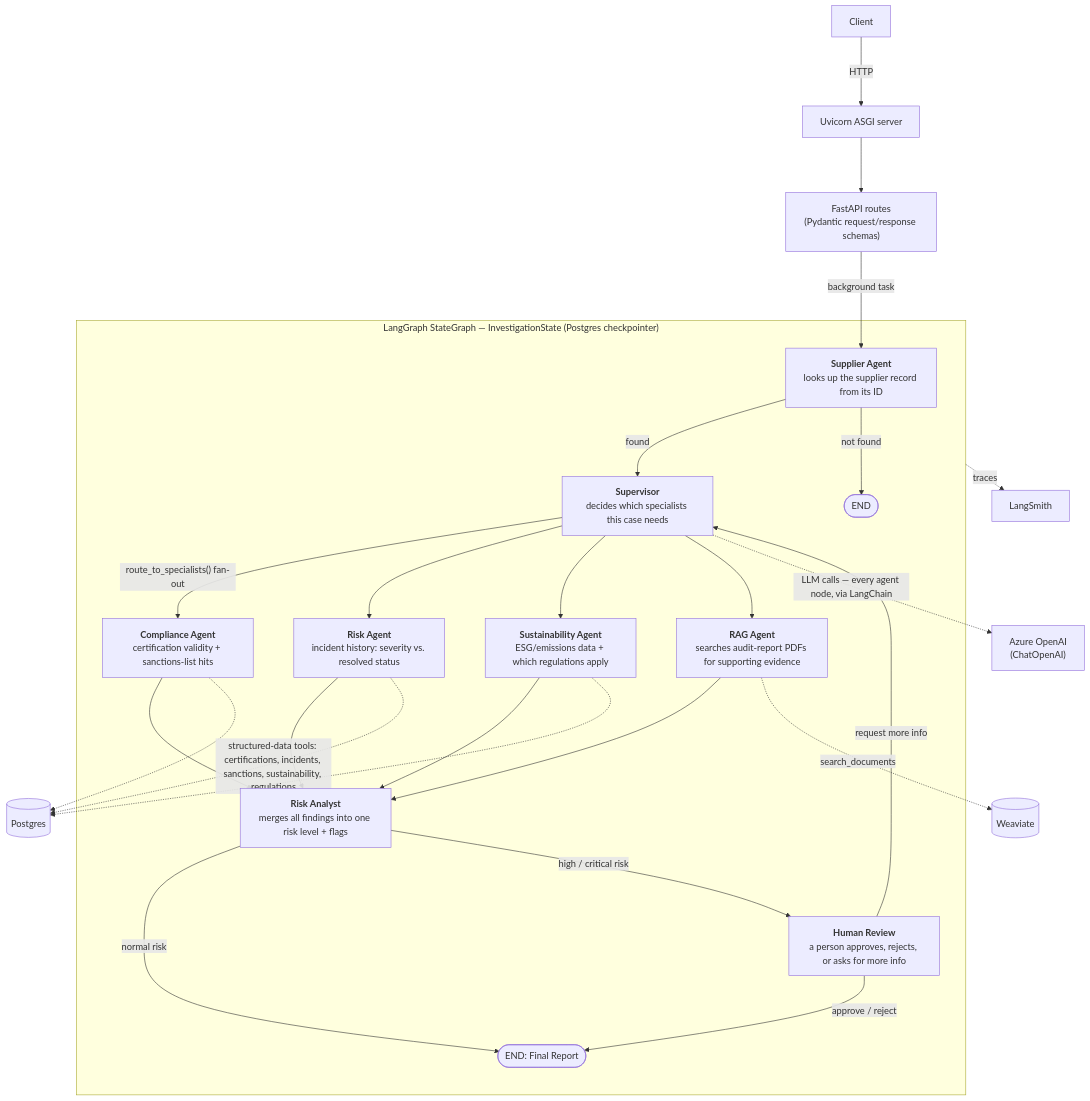
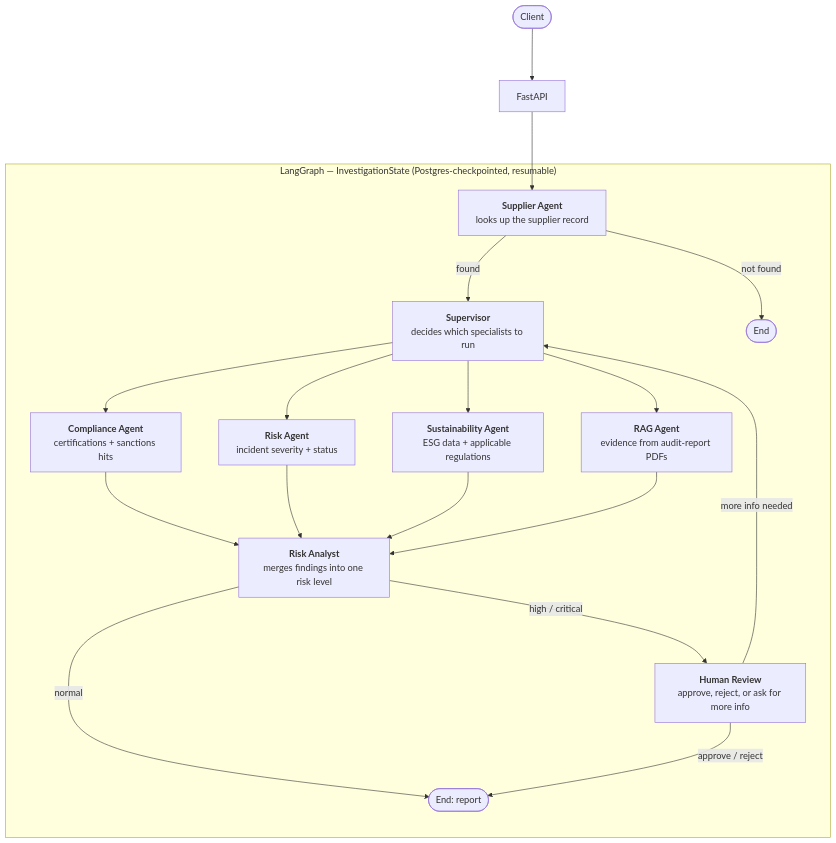
The first of 3 diagrams in README.md (meghanaraobn/langgraph-multi-agent-supply-risk), drawn with Mermaid before and after one commit. The commit also changed other lines of this file, not shown here.

````diff
--- a/README.md
+++ b/README.md
@@ -31,31 +28,27 @@
 ```mermaid
-%%{init: {'themeVariables': {'fontSize': '16px'}, 'flowchart': {'nodeSpacing': 70, 'rankSpacing': 95}}}%%
+%%{init: {'themeVariables': {'fontSize': '16px'}, 'flowchart': {'nodeSpacing': 65, 'rankSpacing': 90}}}%%
 flowchart TD
-    Client[Client] -->|HTTP| UV[Uvicorn ASGI server]
-    UV --> API["FastAPI routes<br/>(Pydantic request/response schemas)"]
-    API -->|background task| SA
+    Client([Client]) --> API[FastAPI]
+    API --> SA
 
-    subgraph LG["LangGraph StateGraph — InvestigationState (Postgres checkpointer)"]
-        SA["<b>Supplier Agent</b><br/>looks up the supplier record from its ID"] -->|found| SUP
-        SA -->|not found| END1([END])
-        SUP["<b>Supervisor</b><br/>decides which specialists this case needs"] -->|"route_to_specialists() fan-out"| CA
+    subgraph LG["LangGraph — InvestigationState (Postgres-checkpointed, resumable)"]
+        SA["<b>Supplier Agent</b><br/>looks up the supplier record"] -->|found| SUP
+        SA -->|not found| END1([End])
+
+        SUP["<b>Supervisor</b><br/>decides which specialists to run"] --> CA
         SUP --> RSK
         SUP --> SUS
         SUP --> RAG
-        CA["<b>Compliance Agent</b><br/>certification validity + sanctions-list hits"] --> RAN
-        RSK["<b>Risk Agent</b><br/>incident history: severity vs. resolved status"] --> RAN
-        SUS["<b>Sustainability Agent</b><br/>ESG/emissions data + which regulations apply"] --> RAN
-        RAG["<b>RAG Agent</b><br/>searches audit-report PDFs for supporting evidence"] --> RAN
-        RAN["<b>Risk Analyst</b><br/>merges all findings into one risk level + flags"] -->|normal risk| END2([END: Final Report])
-        RAN -->|high / critical risk| HR
-        HR["<b>Human Review</b><br/>a person approves, rejects, or asks for more info"] -->|approve / reject| END2
-        HR -->|request more info| SUP
+
+        CA["<b>Compliance Agent</b><br/>certifications + sanctions hits"] --> RAN
+        RSK["<b>Risk Agent</b><br/>incident severity + status"] --> RAN
+        SUS["<b>Sustainability Agent</b><br/>ESG data + applicable regulations"] --> RAN
+        RAG["<b>RAG Agent</b><br/>evidence from audit-report PDFs"] --> RAN
+
+        RAN["<b>Risk Analyst</b><br/>merges findings into one risk level"] -->|normal| END2([End: report])
+        RAN -->|high / critical| HR
+
+        HR["<b>Human Review</b><br/>approve, reject, or ask for more info"] -->|approve / reject| END2
+        HR -->|more info needed| SUP
     end
-
-    CA -.-> PG[("Postgres")]
-    RSK -.->|"structured-data tools: certifications, incidents, sanctions, sustainability, regulations"| PG
-    SUS -.-> PG
-    RAG -.->|search_documents| WV[("Weaviate")]
-    SUP -.->|"LLM calls — every agent node, via LangChain"| LLM["Azure OpenAI<br/>(ChatOpenAI)"]
-    LG -.->|traces| LS[LangSmith]
 ```
````
